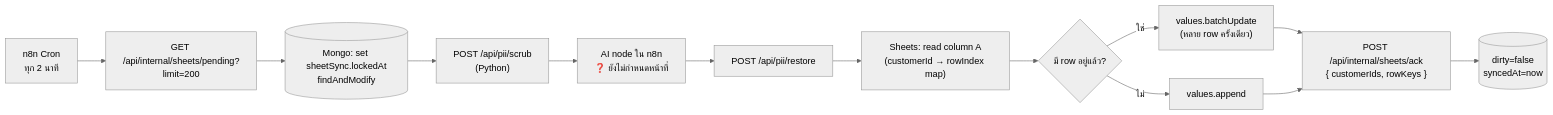
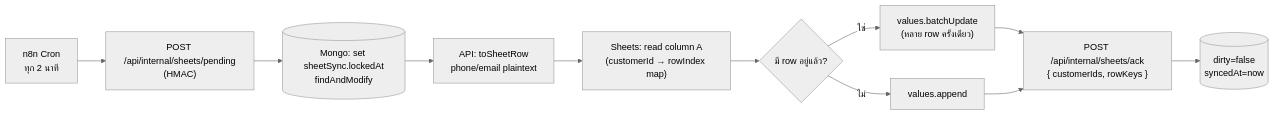
The fourth of 5 diagrams in docs/01-architecture.md (Kanyakrit-2544/LIFF-Frontend), drawn with Mermaid (neutral theme) before and after one commit. The commit also changed other lines of this file and 51 other files, not shown here.

````diff
--- a/docs/01-architecture.md
+++ b/docs/01-architecture.md
@@ -166,15 +166,13 @@
 ```mermaid
 flowchart LR
-    CRON["n8n Cron<br/>ทุก 2 นาที"] --> GET["GET /api/internal/sheets/pending?limit=200"]
+    CRON["n8n Cron<br/>ทุก 2 นาที"] --> GET["POST /api/internal/sheets/pending<br/>(HMAC)"]
     GET --> LOCK[("Mongo: set sheetSync.lockedAt<br/>findAndModify")]
-    LOCK --> SCRUB["POST /api/pii/scrub<br/>(Python)"]
-    SCRUB --> AI["AI node ใน n8n<br/>❓ ยังไม่กำหนดหน้าที่"]
-    AI --> REST["POST /api/pii/restore"]
-    REST --> READ["Sheets: read column A<br/>(customerId → rowIndex map)"]
+    LOCK --> ROW["API: toSheetRow<br/>phone/email plaintext"]
+    ROW --> READ["Sheets: read column A<br/>(customerId → rowIndex map)"]
     READ --> SPLIT{"มี row อยู่แล้ว?"}
     SPLIT -->|ใช่| UPD["values.batchUpdate<br/>(หลาย row ครั้งเดียว)"]
     SPLIT -->|ไม่| APP["values.append"]
     UPD --> ACK
     APP --> ACK["POST /api/internal/sheets/ack<br/>{ customerIds, rowKeys }"]
     ACK --> CLR[("dirty=false<br/>syncedAt=now")]
 ```
````
